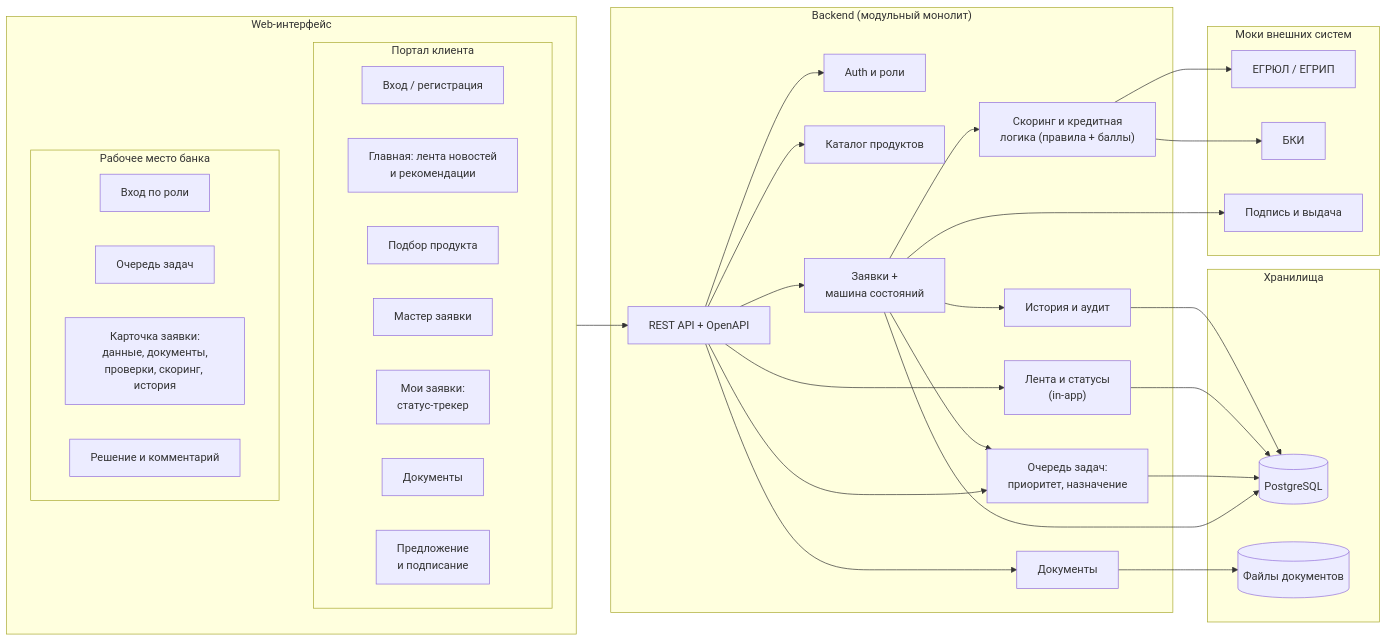
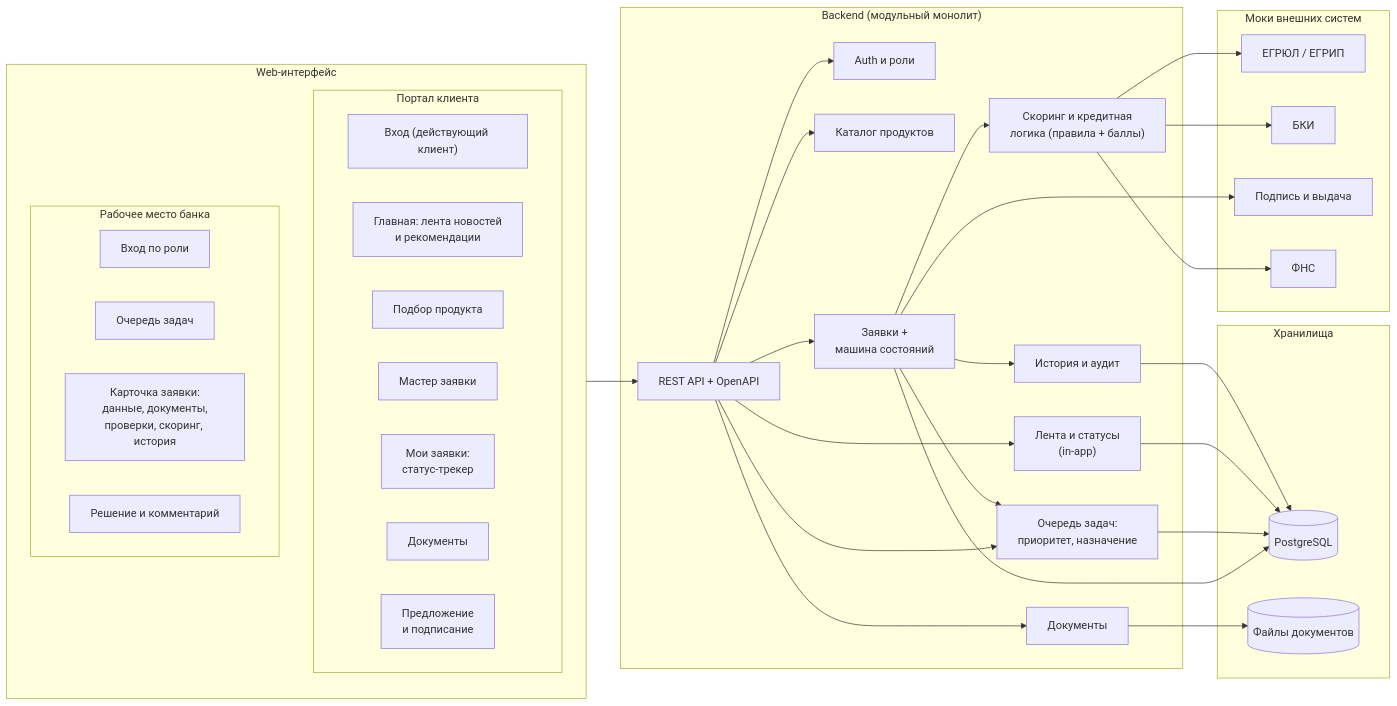
The second of 3 diagrams in docs/DIAGRAMS.md (UnknownData7/alfa-hack-2026), drawn with Mermaid before and after one commit. The commit also changed other lines of this file and 17 other files, not shown here.

````diff
--- a/docs/DIAGRAMS.md
+++ b/docs/DIAGRAMS.md
@@ -56,58 +56,60 @@
 ```mermaid
 flowchart LR
   subgraph FE["Web-интерфейс"]
     subgraph CP["Портал клиента"]
-      p1["Вход / регистрация"]
+      p1["Вход (действующий клиент)"]
       p2["Главная: лента новостей<br/>и рекомендации"]
       p3["Подбор продукта"]
       p4["Мастер заявки"]
       p5["Мои заявки:<br/>статус-трекер"]
       p6["Документы"]
       p7["Предложение<br/>и подписание"]
     end
     subgraph WP["Рабочее место банка"]
       w1["Вход по роли"]
       w2["Очередь задач"]
       w3["Карточка заявки:<br/>данные, документы,<br/>проверки, скоринг, история"]
       w4["Решение и комментарий"]
     end
   end
   subgraph BE["Backend (модульный монолит)"]
     api["REST API + OpenAPI"]
     auth["Auth и роли"]
     prod["Каталог продуктов"]
     apps["Заявки +<br/>машина состояний"]
     docs["Документы"]
     tasks["Очередь задач:<br/>приоритет, назначение"]
     score["Скоринг и кредитная<br/>логика (правила + баллы)"]
     feed["Лента и статусы<br/>(in-app)"]
     audit["История и аудит"]
   end
   subgraph EXT["Моки внешних систем"]
     m1["ЕГРЮЛ / ЕГРИП"]
     m2["БКИ"]
     m3["Подпись и выдача"]
+    m4["ФНС"]
   end
   subgraph DATA["Хранилища"]
     db[("PostgreSQL")]
     fs[("Файлы документов")]
   end
   FE --> api
   api --> auth
   api --> prod
   api --> apps
   api --> docs
   api --> tasks
   api --> feed
   apps --> score
   apps --> tasks
   apps --> audit
   apps --> m3
   score --> m1
   score --> m2
+  score --> m4
   apps --> db
   tasks --> db
   feed --> db
   audit --> db
   docs --> fs
 ```
````
